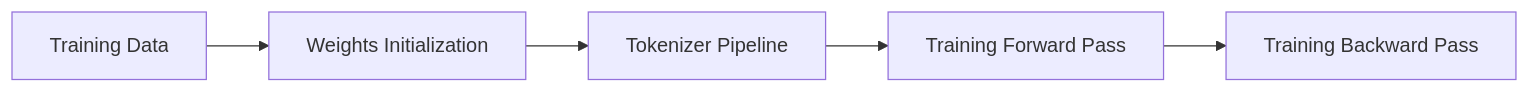
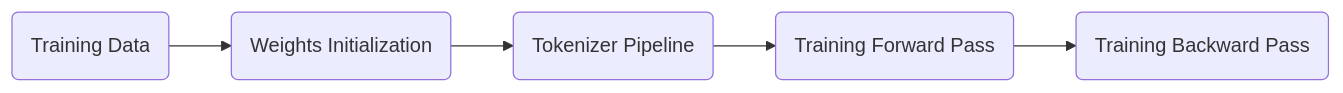
Before and after one commit to ChrisZhu2050/chriszhu2050.github.io: the first of 16 diagrams in index.md, drawn with Mermaid.

````diff
--- a/index.md
+++ b/index.md
@@ -11,10 +11,10 @@
 ```mermaid
 
 graph LR
-    A[Training Data]  --> B[Weights Initialization] --> C[Tokenizer Pipeline] --> D[Training Forward Pass] --> E[Training Backward Pass]
+    A(Training Data)  --> B(Weights Initialization) --> C(Tokenizer Pipeline) --> D(Training Forward Pass) --> E(Training Backward Pass)
     click A "#training-data"
     click B "#weights-initialization"
     click C "#tokenizer-pipeline"
     click D "#training-forward-pass"
     click E "#training-backward-pass"
 ```     
````
